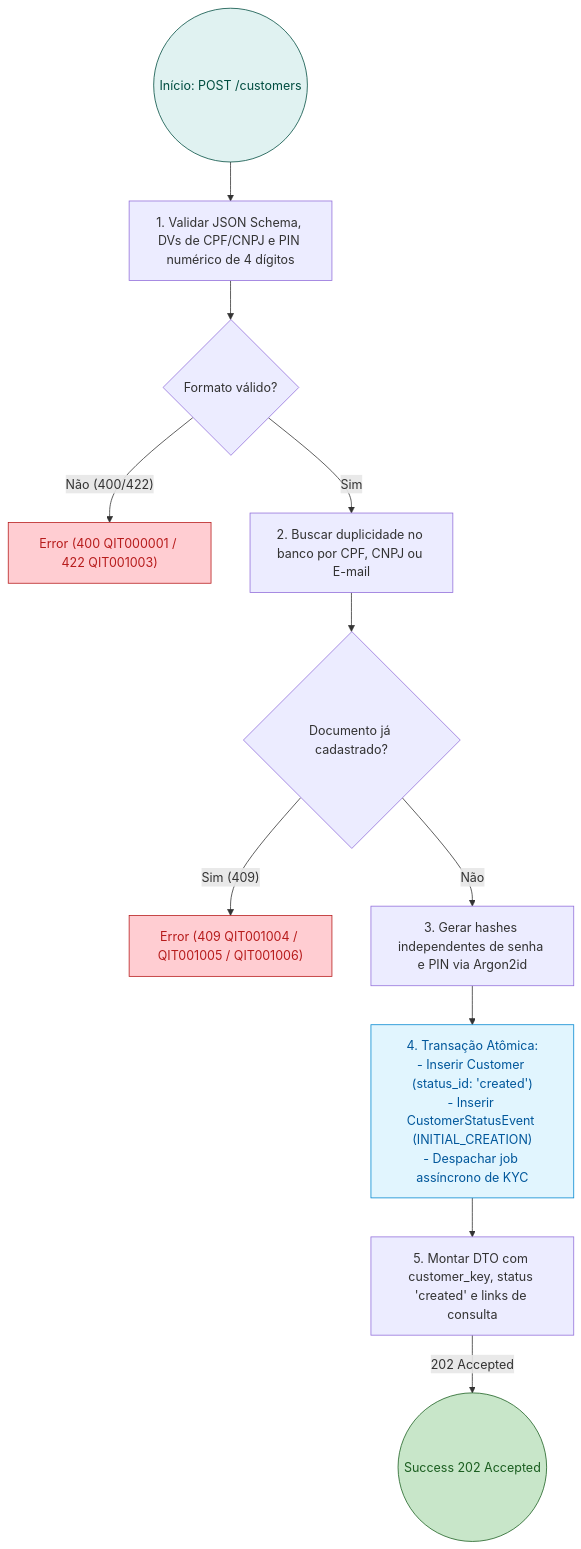
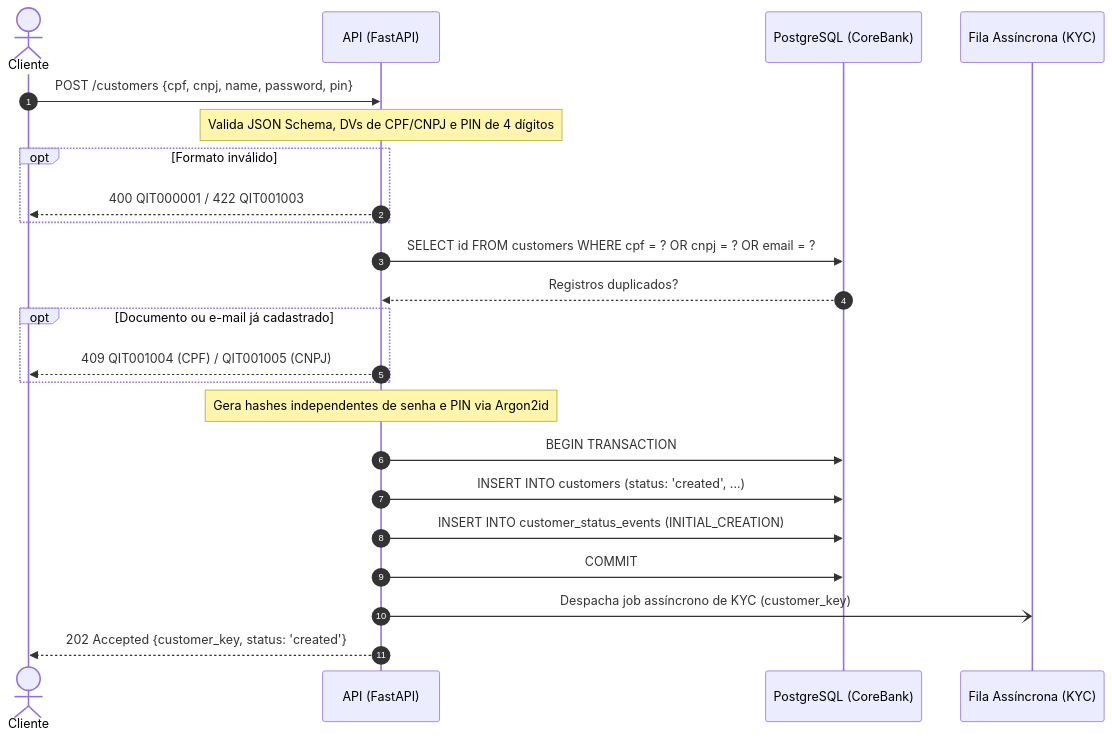
One commit to JPCalsavara/bootcamp-qitech-api changed the second of 4 diagrams in docs/rfc/rfc-01-onboarding-identidade-contas.md. Above: the diagram before and after it, drawn with Mermaid. The commit also changed other lines of this file and 9 other files, not shown here.

First line of the commit message:
docs(rfc): convert flowcharts to sequence diagrams and compile PDFs

````diff
--- a/docs/rfc/rfc-01-onboarding-identidade-contas.md
+++ b/docs/rfc/rfc-01-onboarding-identidade-contas.md
@@ -189,23 +189,29 @@
 ```mermaid
-flowchart TD
-    START((Início: POST /customers)) --> VALIDATE_INPUT["1. Validar JSON Schema, DVs de CPF/CNPJ e PIN numérico de 4 dígitos"]
-    VALIDATE_INPUT --> CHECK_FORMAT{"Formato válido?"}
+sequenceDiagram
+    autonumber
+    actor Cliente
+    participant API as API (FastAPI)
+    participant DB as PostgreSQL (CoreBank)
+    participant Queue as Fila Assíncrona (KYC)
+
+    Cliente->>API: POST /customers {cpf, cnpj, name, password, pin}
+    Note over API: Valida JSON Schema, DVs de CPF/CNPJ e PIN de 4 dígitos
+    opt Formato inválido
+        API-->>Cliente: 400 QIT000001 / 422 QIT001003
+    end
+
+    API->>DB: SELECT id FROM customers WHERE cpf = ? OR cnpj = ? OR email = ?
+    DB-->>API: Registros duplicados?
+    opt Documento ou e-mail já cadastrado
+        API-->>Cliente: 409 QIT001004 (CPF) / QIT001005 (CNPJ)
+    end
+
+    Note over API: Gera hashes independentes de senha e PIN via Argon2id
+    API->>DB: BEGIN TRANSACTION
+    API->>DB: INSERT INTO customers (status: 'created', ...)
+    API->>DB: INSERT INTO customer_status_events (INITIAL_CREATION)
+    API->>DB: COMMIT
     
-    CHECK_FORMAT -- "Não (400/422)" --> ERR_400["Error (400 QIT000001 / 422 QIT001003)"]
-    CHECK_FORMAT -- "Sim" --> CHECK_DUPLICATES["2. Buscar duplicidade no banco por CPF, CNPJ ou E-mail"]
-    
-    CHECK_DUPLICATES --> HAS_DUP{"Documento já cadastrado?"}
-    HAS_DUP -- "Sim (409)" --> ERR_409["Error (409 QIT001004 / QIT001005 / QIT001006)"]
-    
-    HAS_DUP -- "Não" --> HASH_CREDS["3. Gerar hashes independentes de senha e PIN via Argon2id"]
-    HASH_CREDS --> ATOMIC_CREATE["4. Transação Atômica:<br/>- Inserir Customer (status_id: 'created')<br/>- Inserir CustomerStatusEvent (INITIAL_CREATION)<br/>- Despachar job assíncrono de KYC"]
-    
-    ATOMIC_CREATE --> BUILD_DTO["5. Montar DTO com customer_key, status 'created' e links de consulta"]
-    BUILD_DTO -- "202 Accepted" --> SUCCESS((Success 202 Accepted))
-
-    style ERR_400 fill:#ffcdd2,color:#b71c1c,stroke:#b71c1c
-    style ERR_409 fill:#ffcdd2,color:#b71c1c,stroke:#b71c1c
-    style SUCCESS fill:#c8e6c9,color:#1b5e20,stroke:#1b5e20
-    style START fill:#e0f2f1,color:#004d40,stroke:#004d40
-    style ATOMIC_CREATE fill:#e1f5fe,color:#01579b,stroke:#0288d1
+    API-)Queue: Despacha job assíncrono de KYC (customer_key)
+    API-->>Cliente: 202 Accepted {customer_key, status: 'created'}
 ```
````
